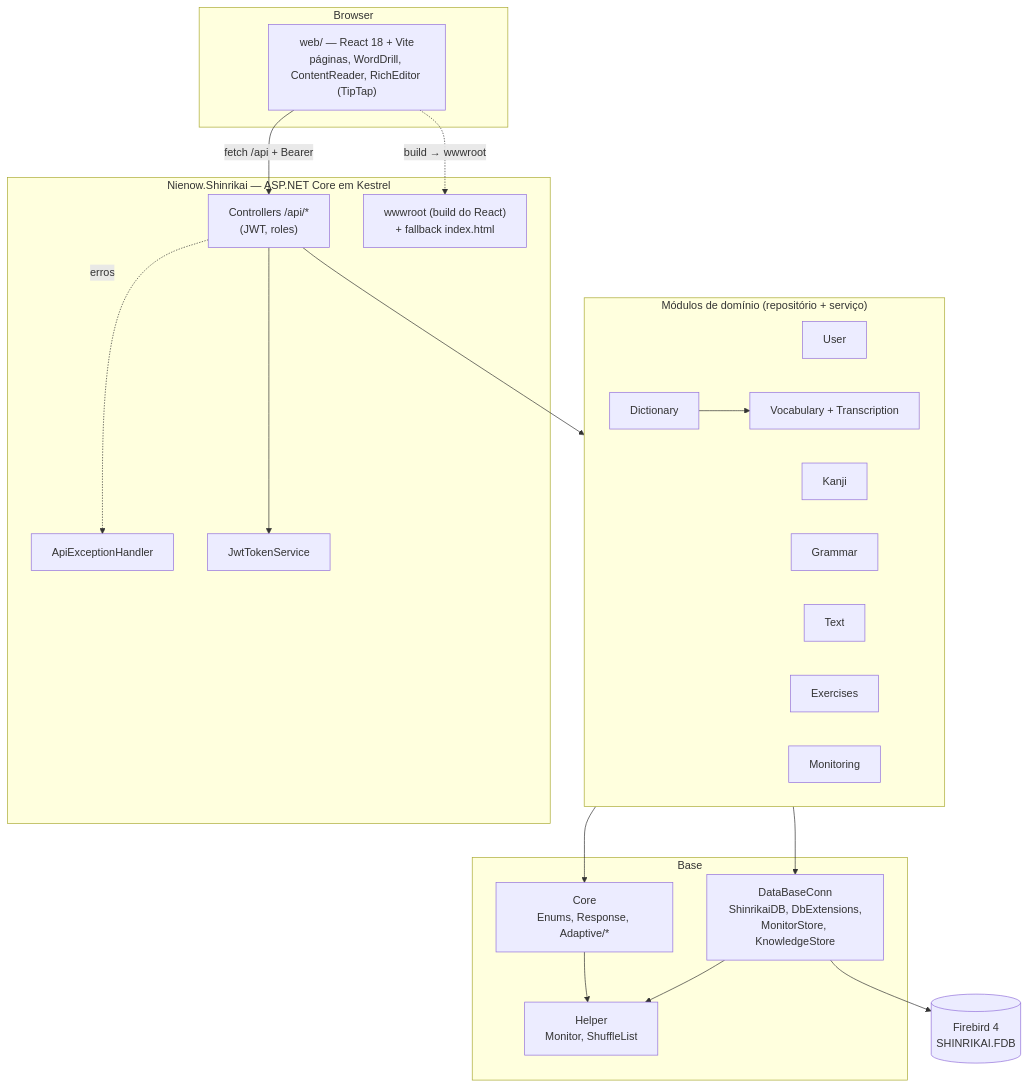
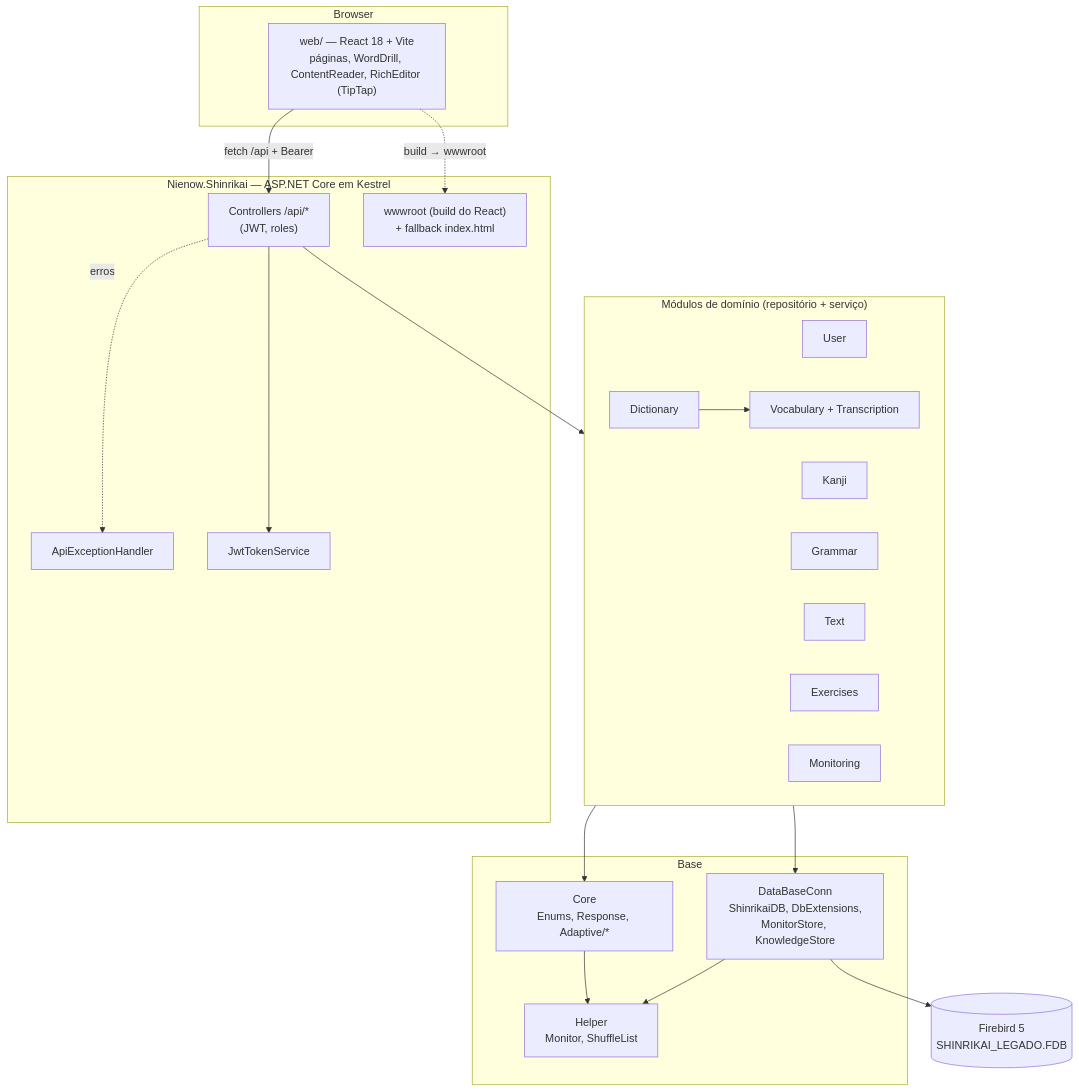
Before and after one commit to ecmnienow/Shinrikai: the first of 5 diagrams in docs/CODEBASE_MAP.md, drawn with Mermaid. The commit also changed other lines of this file and 6 other files, not shown here.

````diff
--- a/docs/CODEBASE_MAP.md
+++ b/docs/CODEBASE_MAP.md
@@ -19,40 +19,40 @@
 ```mermaid
 graph TB
     subgraph Browser
         SPA["web/ — React 18 + Vite<br/>páginas, WordDrill, ContentReader, RichEditor (TipTap)"]
     end
     subgraph API["Nienow.Shinrikai — ASP.NET Core em Kestrel"]
         Ctl["Controllers /api/*<br/>(JWT, roles)"]
         Exc[ApiExceptionHandler]
         Jwt[JwtTokenService]
         Static["wwwroot (build do React)<br/>+ fallback index.html"]
     end
     subgraph Domain["Módulos de domínio (repositório + serviço)"]
         User
         Vocab["Vocabulary + Transcription"]
         Kanji
         Grammar
         Text
         Exercises
         Dictionary
         Monitoring
     end
     subgraph Base
         Core["Core<br/>Enums, Response, Adaptive/*"]
         DB["DataBaseConn<br/>ShinrikaiDB, DbExtensions,<br/>MonitorStore, KnowledgeStore"]
         Helper["Helper<br/>Monitor, ShuffleList"]
     end
-    FDB[("Firebird 4<br/>SHINRIKAI.FDB")]
+    FDB[("Firebird 5<br/>SHINRIKAI_LEGADO.FDB")]
 
     SPA -- "fetch /api + Bearer" --> Ctl
     SPA -. "build → wwwroot" .-> Static
     Ctl --> Jwt
     Ctl --> Domain
     Ctl -. erros .-> Exc
     Dictionary --> Vocab
     Domain --> Core
     Domain --> DB
     Core --> Helper
     DB --> Helper
     DB --> FDB
 ```
````
